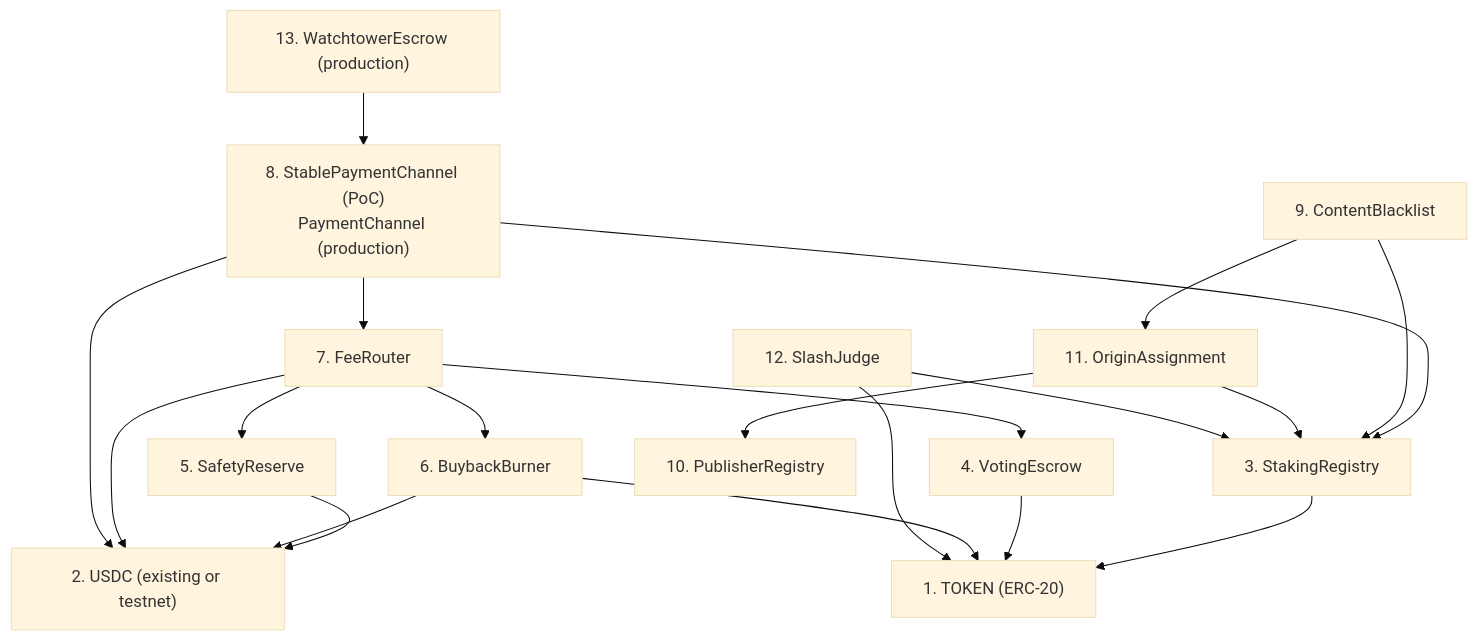
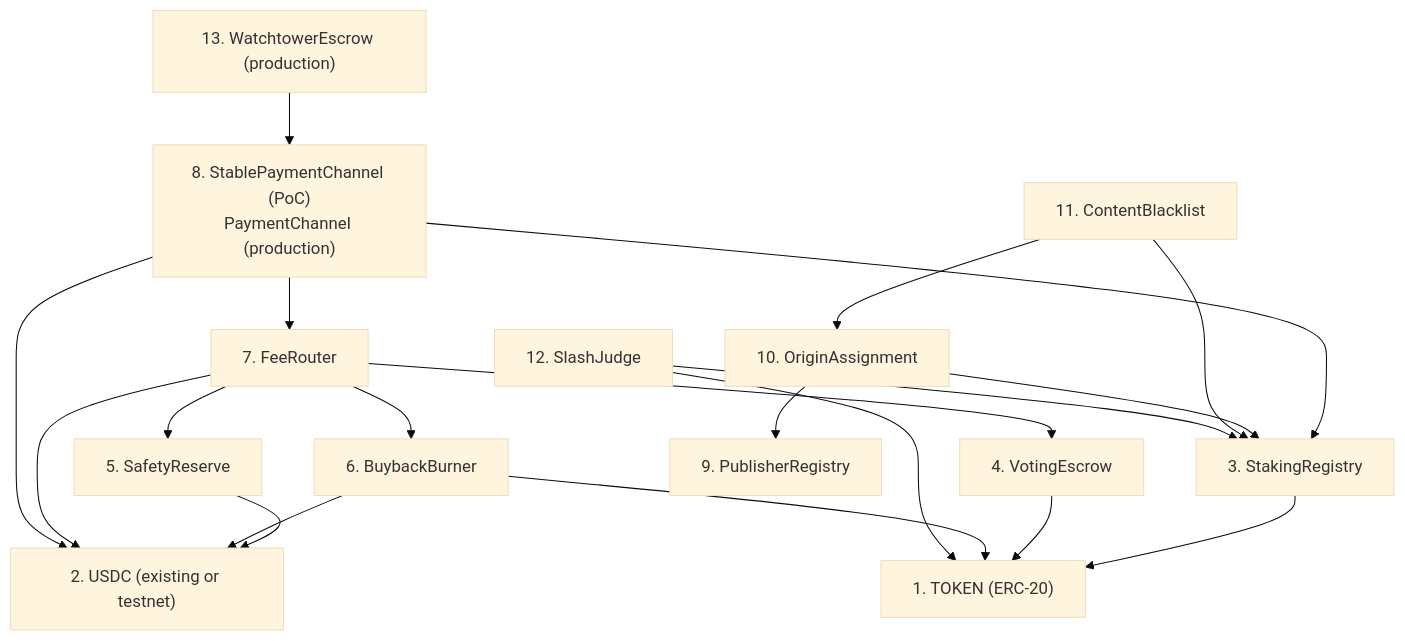
One commit to decdn/decdn changed the second of 5 diagrams in adr/016-contract-interactions.md. Above: the diagram before and after it, drawn with Mermaid (base theme). The commit also changed other lines of this file and 6 other files, not shown here.

````diff
--- a/adr/016-contract-interactions.md
+++ b/adr/016-contract-interactions.md
@@ -108,36 +108,36 @@
 ```mermaid
 graph TD
     TOKEN["1. TOKEN (ERC-20)"]
     USDC["2. USDC (existing or testnet)"]
     SR["3. StakingRegistry"]
     VE["4. VotingEscrow"]
     SAFE["5. SafetyReserve"]
     BB["6. BuybackBurner"]
     FR["7. FeeRouter"]
     SPC["8. StablePaymentChannel (PoC)<br/>PaymentChannel (production)"]
-    CB["9. ContentBlacklist"]
-    PR["10. PublisherRegistry"]
-    OA["11. OriginAssignment"]
+    PR["9. PublisherRegistry"]
+    OA["10. OriginAssignment"]
+    CB["11. ContentBlacklist"]
     SJ["12. SlashJudge"]
     WE["13. WatchtowerEscrow (production)"]
 
     SR --> TOKEN
     VE --> TOKEN
     SAFE --> USDC
     BB --> TOKEN
     BB --> USDC
     FR --> USDC
     FR --> BB
     FR --> SAFE
     FR --> VE
     SPC --> USDC
     SPC --> SR
     SPC --> FR
+    OA --> SR
+    OA --> PR
     CB --> SR
     CB --> OA
-    OA --> SR
-    OA --> PR
     SJ --> SR
     SJ --> TOKEN
     WE --> SPC
 ```
````
